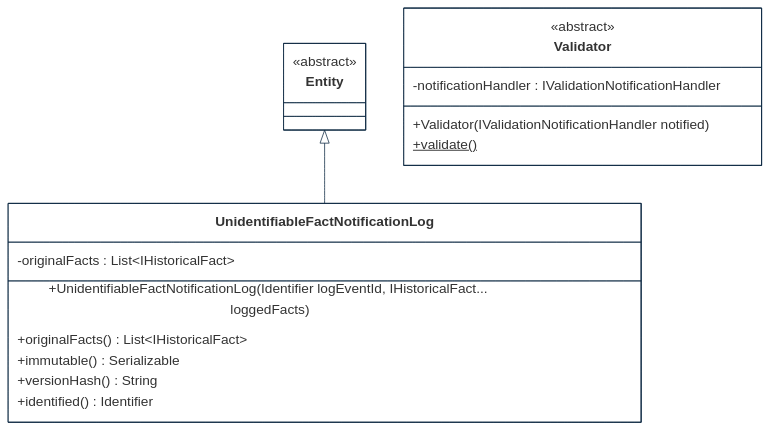
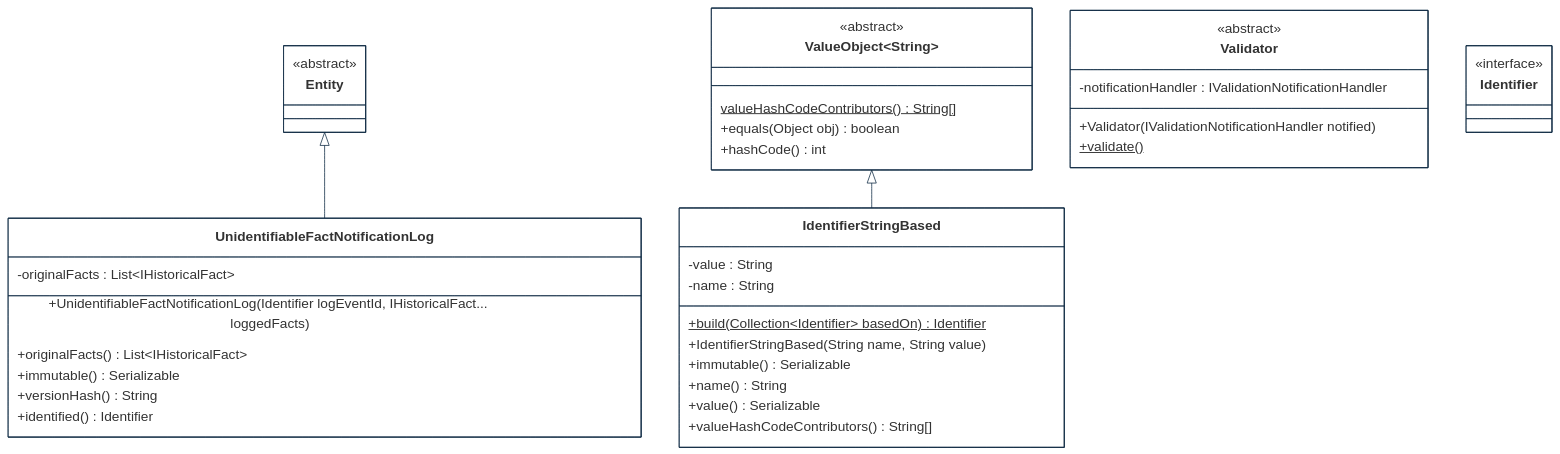
One commit to cybnity/foundation changed the third of 8 diagrams in implementations-line/framework/domain/designview-packages.md. Above: the diagram before and after it, drawn with Mermaid.

````diff
--- a/implementations-line/framework/domain/designview-packages.md
+++ b/implementations-line/framework/domain/designview-packages.md
@@ -171,40 +157,60 @@
 ```mermaid
 %%{
   init: {
     'theme': 'base',
     'themeVariables': {
         'background': '#ffffff',
         'fontFamily': 'arial',
         'fontSize': '18px',
         'primaryColor': '#fff',
         'primaryBorderColor': '#0e2a43',
         'secondaryBorderColor': '#0e2a43',
         'tertiaryBorderColor': '#0e2a43',
         'edgeLabelBackground':'#0e2a43',
         'lineColor': '#0e2a43',
         'tertiaryColor': '#fff'
     }
   }
 }%%
 classDiagram
     Entity <|-- UnidentifiableFactNotificationLog
+    ValueObject~String~ <|-- IdentifierStringBased
 
     class UnidentifiableFactNotificationLog {
         -originalFacts : List~IHistoricalFact~
         +UnidentifiableFactNotificationLog(Identifier logEventId, IHistoricalFact... loggedFacts)
         +originalFacts() List~IHistoricalFact~
         +immutable() Serializable
         +versionHash() String
         +identified() Identifier
     }
     class Entity {
         <<abstract>>
     }
     class Validator {
         <<abstract>>
         -notificationHandler : IValidationNotificationHandler
         +Validator(IValidationNotificationHandler notified)
         +validate()$
     }
+    class Identifier {
+        <<interface>>
+    }
+    class IdentifierStringBased {
+        -value : String
+        -name : String
+        +build(Collection~Identifier~ basedOn)$ Identifier
+        +IdentifierStringBased(String name, String value)
+        +immutable() Serializable
+        +name() String
+        +value() Serializable
+        +valueHashCodeContributors() String[]
+    }
+    class ValueObject~T~ {
+        <<abstract>>
+        valueHashCodeContributors()$ String[]
+        +equals(Object obj) boolean
+        +hashCode() int
+    }
 
 ```
````
